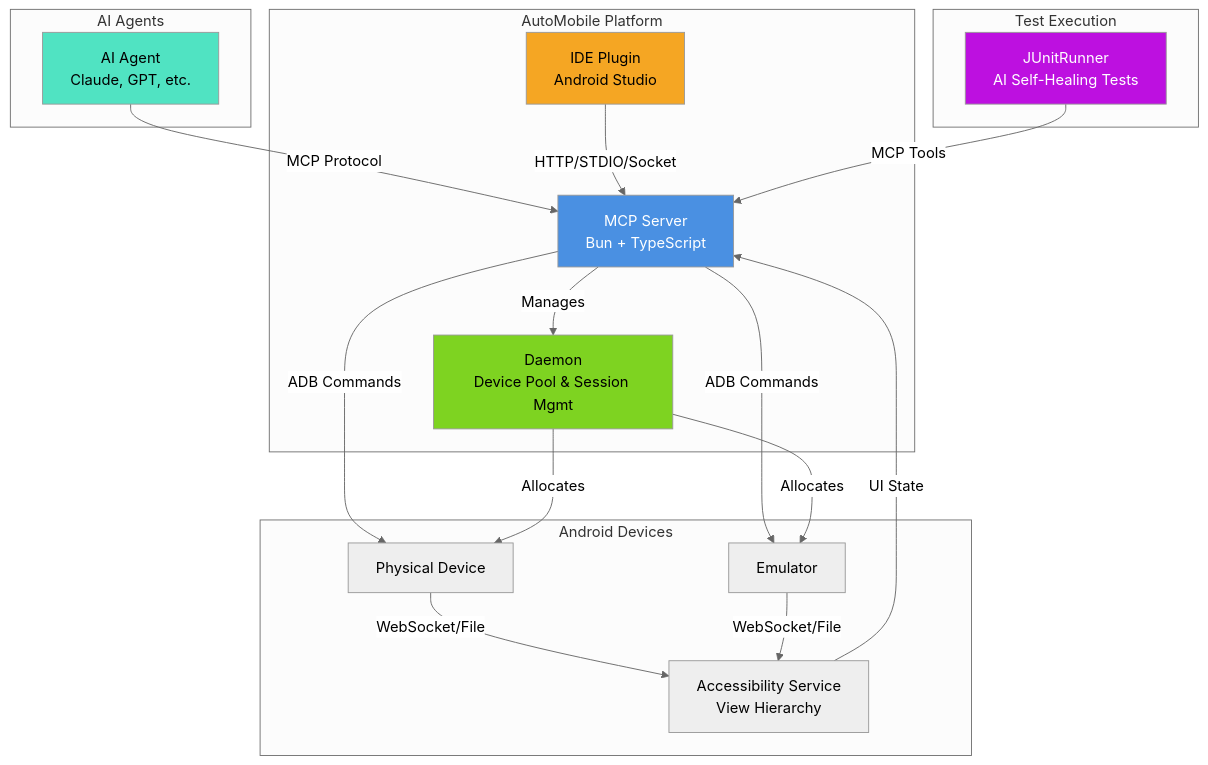
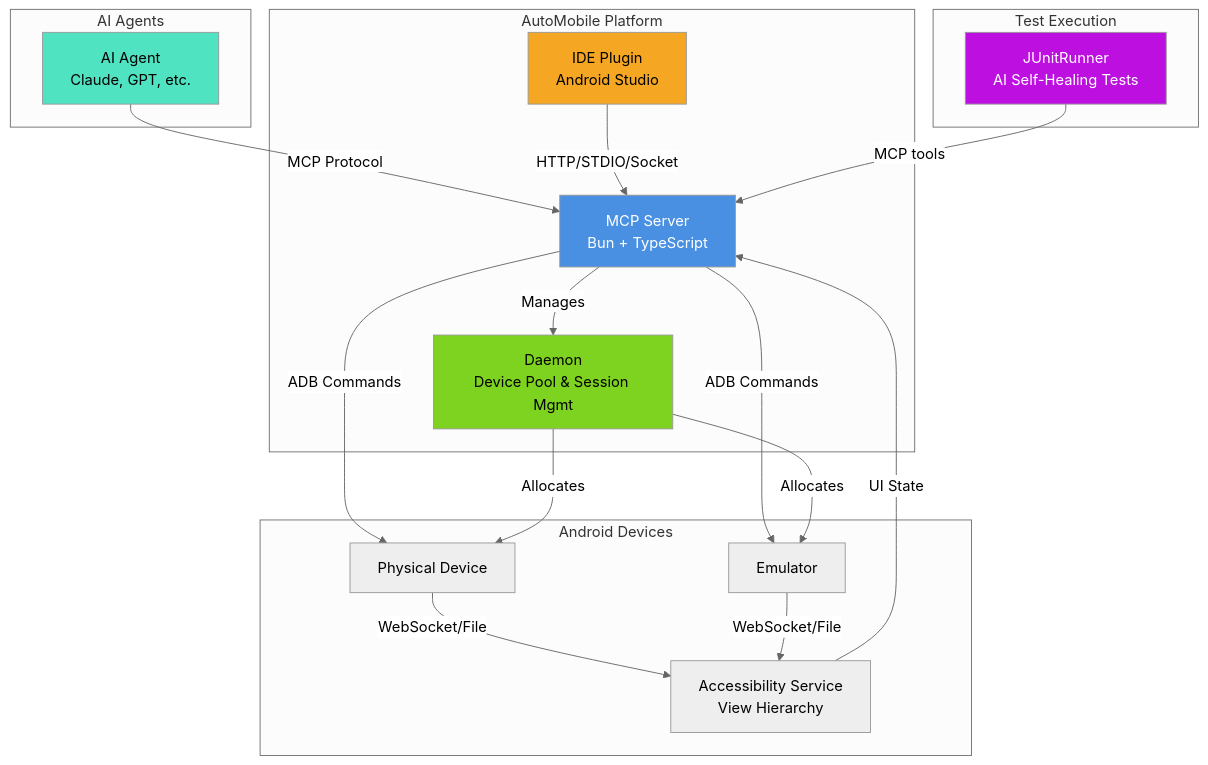
Before and after one commit to zillow/auto-mobile: the diagram in docs/design-docs/plat/android/index.md, drawn with Mermaid (neutral theme). The commit also changed other lines of this file and 18 other files, not shown here.

````diff
--- a/docs/design-docs/plat/android/index.md
+++ b/docs/design-docs/plat/android/index.md
@@ -5,40 +5,40 @@
 ```mermaid
-graph TB
+flowchart TB
     subgraph "AI Agents"
         Agent[AI Agent<br/>Claude, GPT, etc.]
     end
 
     subgraph "AutoMobile Platform"
         MCP[MCP Server<br/>Bun + TypeScript]
         Daemon[Daemon<br/>Device Pool & Session Mgmt]
         IDE[IDE Plugin<br/>Android Studio]
     end
 
     subgraph "Test Execution"
         JUnit[JUnitRunner<br/>AI Self-Healing Tests]
     end
 
     subgraph "Android Devices"
         Device1[Physical Device]
         Device2[Emulator]
         AccessService[Accessibility Service<br/>View Hierarchy]
     end
 
     Agent -->|MCP Protocol| MCP
     IDE -->|HTTP/STDIO/Socket| MCP
     MCP -->|Manages| Daemon
     MCP -->|ADB Commands| Device1
     MCP -->|ADB Commands| Device2
-    JUnit -->|MCP Tools| MCP
+    JUnit -->|MCP tools| MCP
     Daemon -->|Allocates| Device1
     Daemon -->|Allocates| Device2
     Device1 -->|WebSocket/File| AccessService
     Device2 -->|WebSocket/File| AccessService
     AccessService -->|UI State| MCP
 
     style MCP fill:#4A90E2,color:#fff
     style Agent fill:#50E3C2,color:#000
     style IDE fill:#F5A623,color:#000
     style JUnit fill:#BD10E0,color:#fff
     style Daemon fill:#7ED321,color:#000
 ```
````
